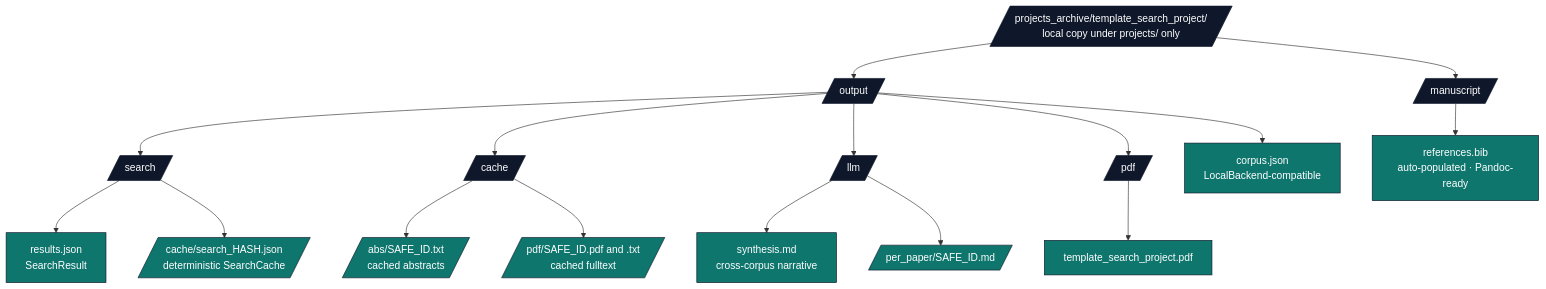
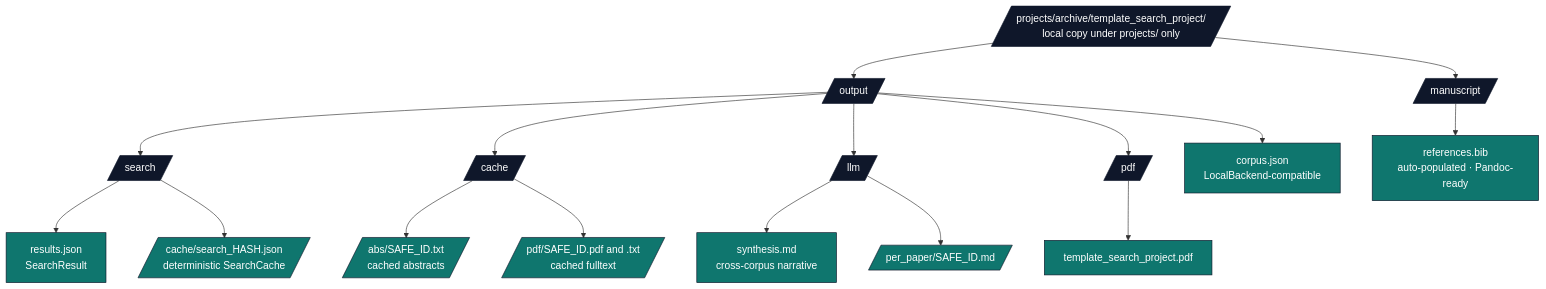
Before and after one commit to docxology/template: the second of 2 diagrams in docs/core/literature-data-flow.md, drawn with Mermaid. The commit also changed 1821 other files, not shown here.

First line of the commit message:
refactor(projects): adopt 5-folder lifecycle + move exemplars under projects/templates/

````diff
--- a/docs/core/literature-data-flow.md
+++ b/docs/core/literature-data-flow.md
@@ -53,30 +53,30 @@
 ```mermaid
 flowchart TB
-    PROJ[/projects_archive/template_search_project/<br/>local copy under projects/ only/]
+    PROJ[/projects/archive/template_search_project/<br/>local copy under projects/ only/]
     PROJ --> OUTPUT[/output/]
     PROJ --> MANUSCRIPT[/manuscript/]
 
     OUTPUT --> SEARCH[/search/]
     OUTPUT --> CACHE[/cache/]
     OUTPUT --> LLM_DIR[/llm/]
     OUTPUT --> PDF_DIR[/pdf/]
     OUTPUT --> CORPUS_F[corpus.json<br/>LocalBackend-compatible]
 
     SEARCH --> RES_F[results.json<br/>SearchResult]
     SEARCH --> SC[/cache/search_HASH.json<br/>deterministic SearchCache/]
 
     CACHE --> ABS_DIR[/abs/SAFE_ID.txt<br/>cached abstracts/]
     CACHE --> PDF_CACHE[/pdf/SAFE_ID.pdf and .txt<br/>cached fulltext/]
 
     LLM_DIR --> SYNTH[synthesis.md<br/>cross-corpus narrative]
     LLM_DIR --> PER_PAPER[/per_paper/SAFE_ID.md/]
 
     PDF_DIR --> FINAL[template_search_project.pdf]
 
     MANUSCRIPT --> BIBF[references.bib<br/>auto-populated · Pandoc-ready]
 
     classDef dir fill:#0f172a,stroke:#0f172a,color:#fff
     classDef file fill:#0f766e,stroke:#0f172a,color:#fff
     class PROJ,OUTPUT,MANUSCRIPT,SEARCH,CACHE,LLM_DIR,PDF_DIR dir
     class CORPUS_F,RES_F,SC,ABS_DIR,PDF_CACHE,SYNTH,PER_PAPER,FINAL,BIBF file
 ```
````
